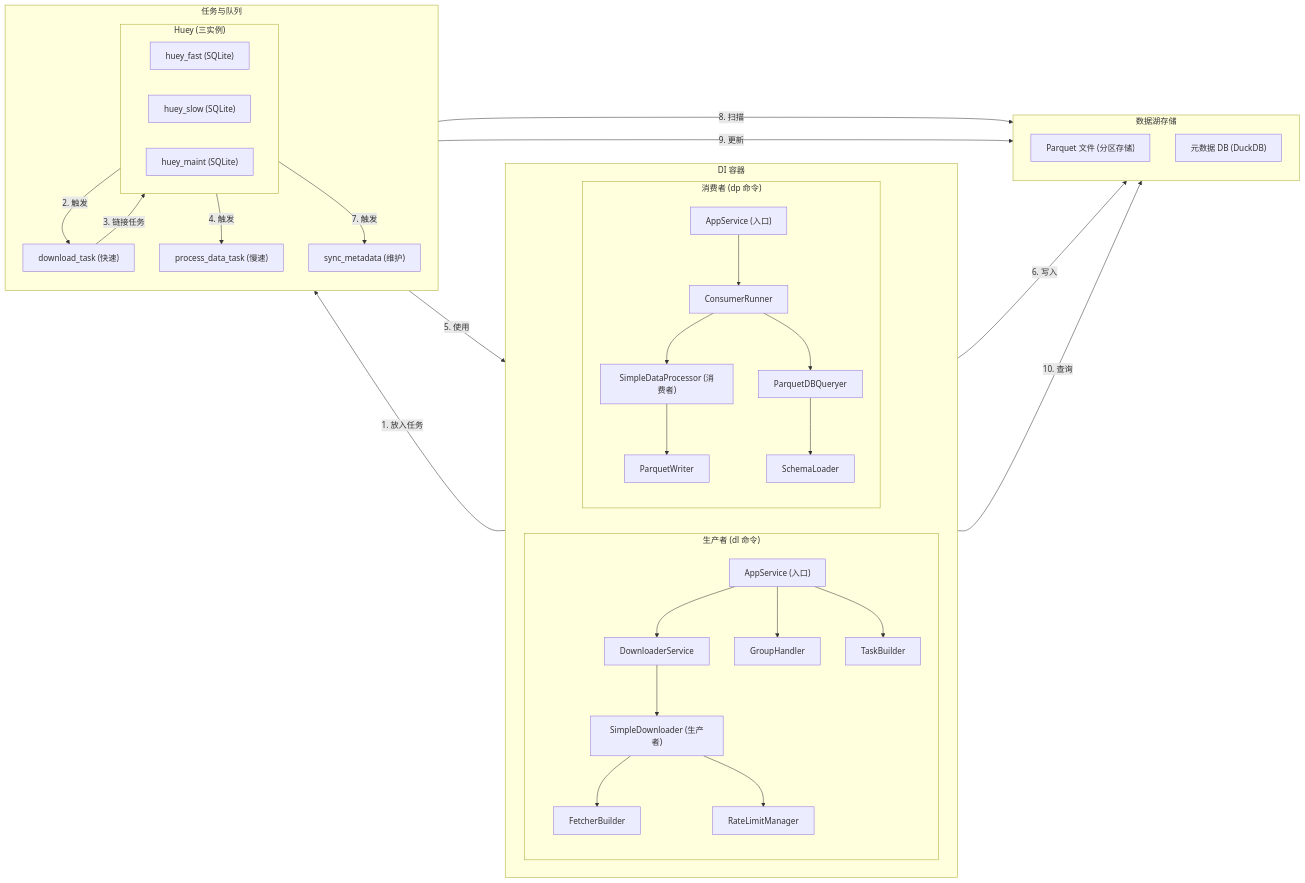
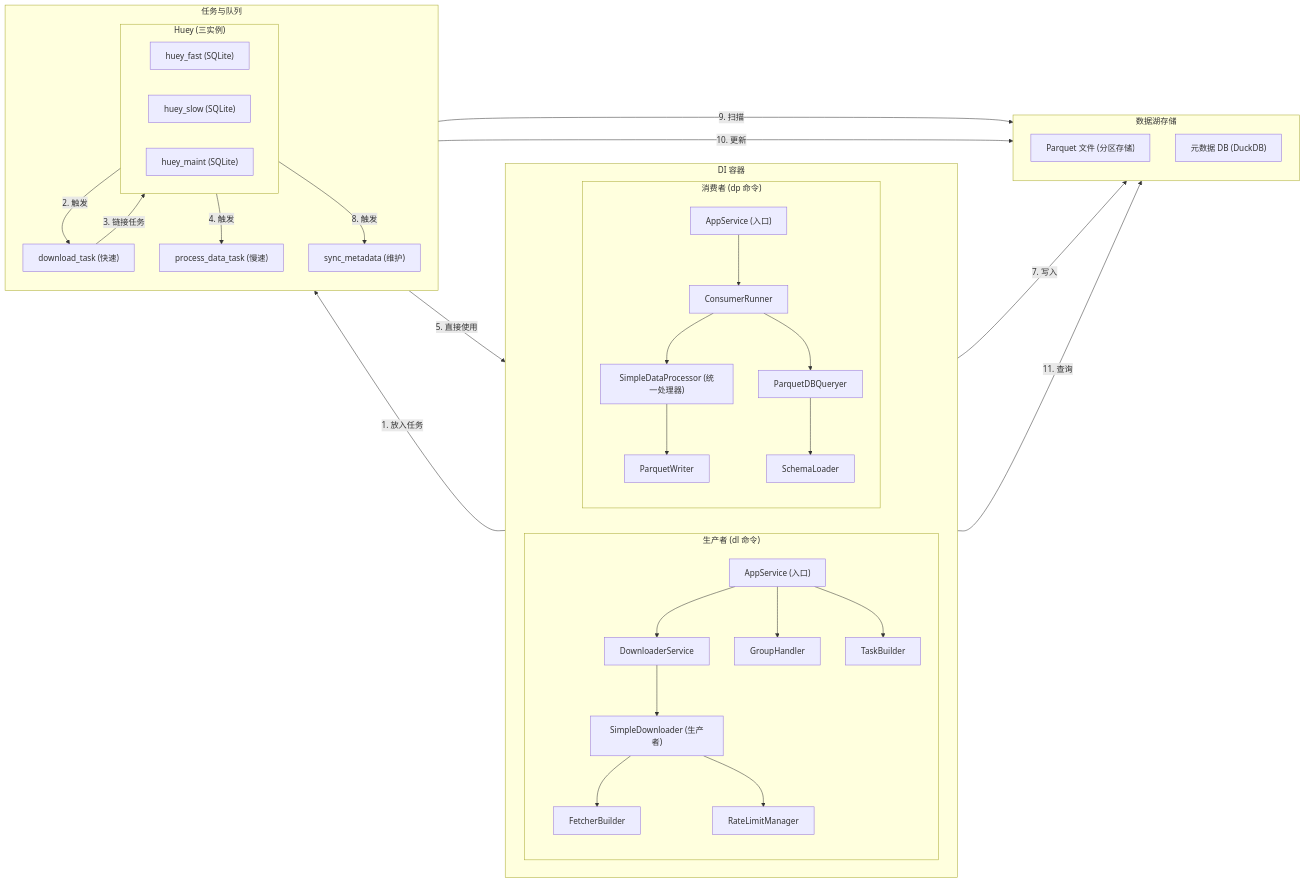
Before and after one commit to yapex/stock_downloader: the diagram in docs/核心架构.md, drawn with Mermaid. The commit also changed other lines of this file and 23 other files, not shown here.

````diff
--- a/docs/核心架构.md
+++ b/docs/核心架构.md
@@ -28,59 +28,57 @@
 ```mermaid
 graph LR
     subgraph AppContainer [DI 容器]
         direction LR
         
         subgraph "生产者 (dl 命令)"
             direction TB
             AppService_DL["AppService (入口)"] --> DownloaderService["DownloaderService"]
             AppService_DL --> GroupHandler["GroupHandler"]
             AppService_DL --> TaskBuilder["TaskBuilder"]
             DownloaderService --> SimpleDownloader["SimpleDownloader (生产者)"]
             SimpleDownloader --> FetcherBuilder["FetcherBuilder"]
             SimpleDownloader --> RateLimitManager["RateLimitManager"]
         end
 
         subgraph "消费者 (dp 命令)"
             direction TB
             AppService_DP["AppService (入口)"] --> ConsumerRunner["ConsumerRunner"]
-            ConsumerRunner --> SimpleDataProcessor["SimpleDataProcessor (消费者)"]
+            ConsumerRunner --> SimpleDataProcessor["SimpleDataProcessor (统一处理器)"]
             SimpleDataProcessor --> ParquetWriter["ParquetWriter"]
             ConsumerRunner --> ParquetDBQueryer["ParquetDBQueryer"]
             ParquetDBQueryer --> SchemaLoader["SchemaLoader"]
         end
-        
     end
 
     subgraph "任务与队列"
         direction TB
         download_task["download_task (快速)"]
         process_data_task["process_data_task (慢速)"]
         sync_metadata["sync_metadata (维护)"]
         
         subgraph "Huey (三实例)"
             direction LR
             huey_fast["huey_fast (SQLite)"]
             huey_slow["huey_slow (SQLite)"]
             huey_maint["huey_maint (SQLite)"]
         end
     end
 
     subgraph "数据湖存储"
         direction TB
         ParquetFiles["Parquet 文件 (分区存储)"]
         MetadataDB["元数据 DB (DuckDB)"]
     end
 
     %% 依赖关系
     DownloaderService -- "1. 放入任务" --> huey_fast
     huey_fast -- "2. 触发" --> download_task
     download_task -- "3. 链接任务" --> huey_slow
     huey_slow -- "4. 触发" --> process_data_task
-    process_data_task -- "5. 使用" --> SimpleDataProcessor
-    SimpleDataProcessor -- "6. 写入" --> ParquetFiles
-    huey_maint -- "7. 触发" --> sync_metadata
-    sync_metadata -- "8. 扫描" --> ParquetFiles
-    sync_metadata -- "9. 更新" --> MetadataDB
-    ParquetDBQueryer -- "10. 查询" --> MetadataDB
-
+    process_data_task -- "5. 直接使用" --> SimpleDataProcessor
+    SimpleDataProcessor -- "7. 写入" --> ParquetFiles
+    huey_maint -- "8. 触发" --> sync_metadata
+    sync_metadata -- "9. 扫描" --> ParquetFiles
+    sync_metadata -- "10. 更新" --> MetadataDB
+    ParquetDBQueryer -- "11. 查询" --> MetadataDB
 ```
````
